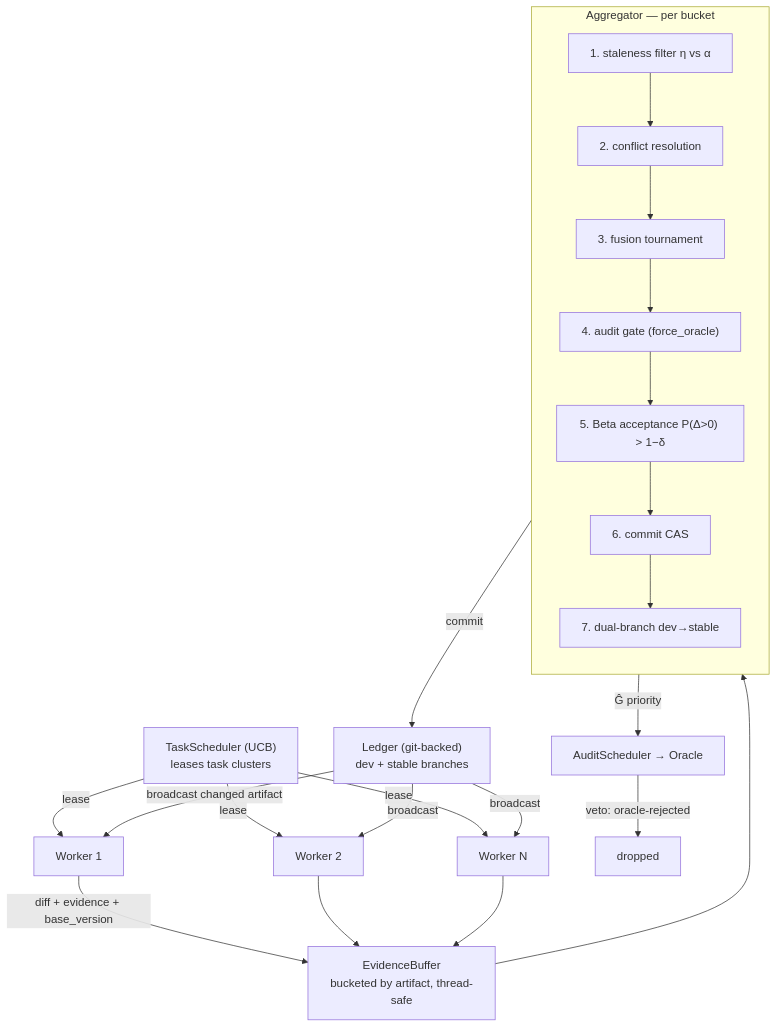
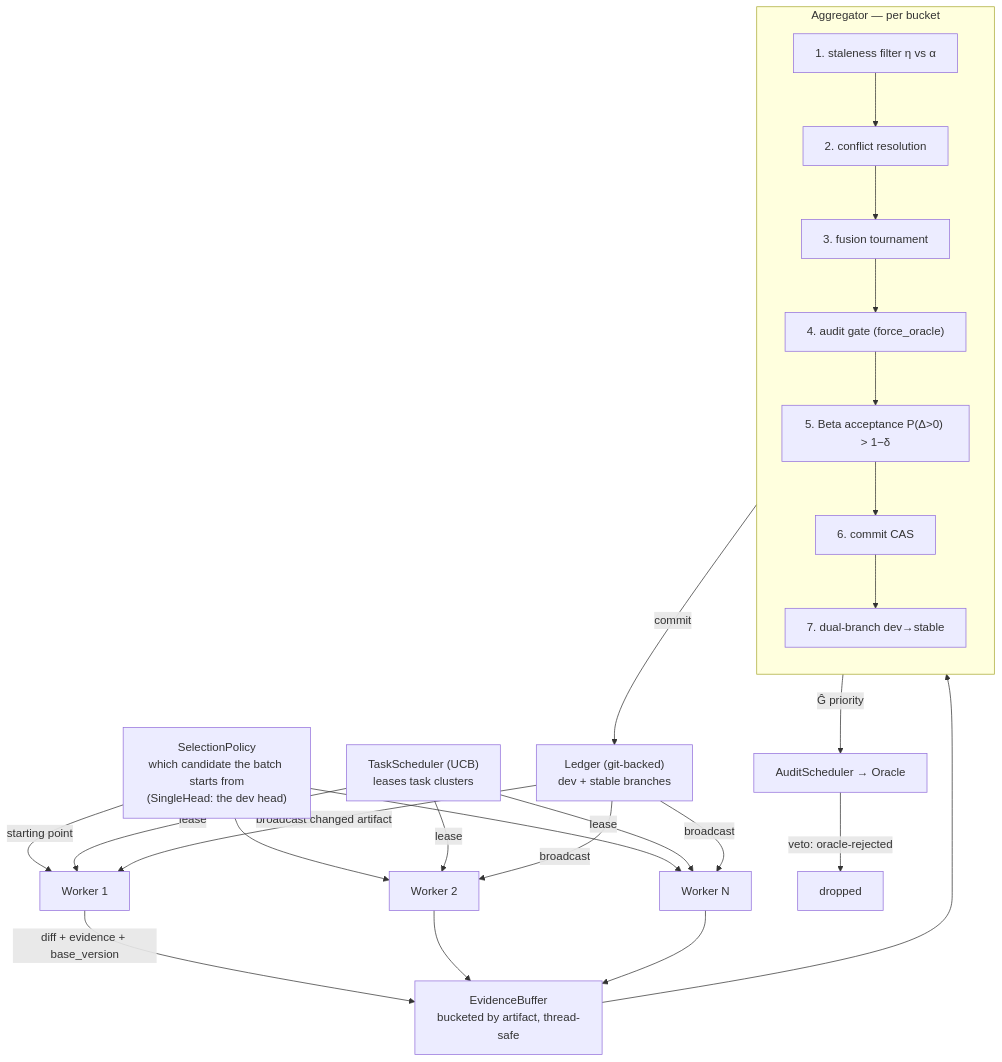
The first of 2 diagrams in docs/architecture.md (Birfy/agentdescent), drawn with Mermaid before and after one commit. The commit also changed other lines of this file and 1 other file, not shown here.

````diff
--- a/docs/architecture.md
+++ b/docs/architecture.md
@@ -26,25 +26,28 @@
 ```mermaid
 flowchart TD
+    SEL["SelectionPolicy<br/>which candidate the batch starts from<br/>(SingleHead: the dev head)"] -->|starting point| W1
+    SEL --> W2
+    SEL --> WN
     TS["TaskScheduler (UCB)<br/>leases task clusters"] -->|lease| W1[Worker 1]
     TS -->|lease| W2[Worker 2]
     TS -->|lease| WN[Worker N]
     W1 -->|diff + evidence + base_version| EB
     W2 --> EB
     WN --> EB
     EB["EvidenceBuffer<br/>bucketed by artifact, thread-safe"] --> AG
     subgraph AG["Aggregator — per bucket"]
         direction TB
         S1[1. staleness filter η vs α] --> S2[2. conflict resolution]
         S2 --> S3[3. fusion tournament]
         S3 --> S7["4. audit gate (force_oracle)"]
         S7 --> S4["5. Beta acceptance P(Δ>0) &gt; 1−δ"]
         S4 --> S5[6. commit CAS]
         S5 --> S6[7. dual-branch dev→stable]
     end
     AG -->|commit| LG["Ledger (git-backed)<br/>dev + stable branches"]
     LG -->|broadcast changed artifact| W1
     LG -->|broadcast| W2
     LG -->|broadcast| WN
     S7 -->|Ĝ priority| AUD["AuditScheduler → Oracle"]
     AUD -->|veto: oracle-rejected| OUT[dropped]
 ```
````
